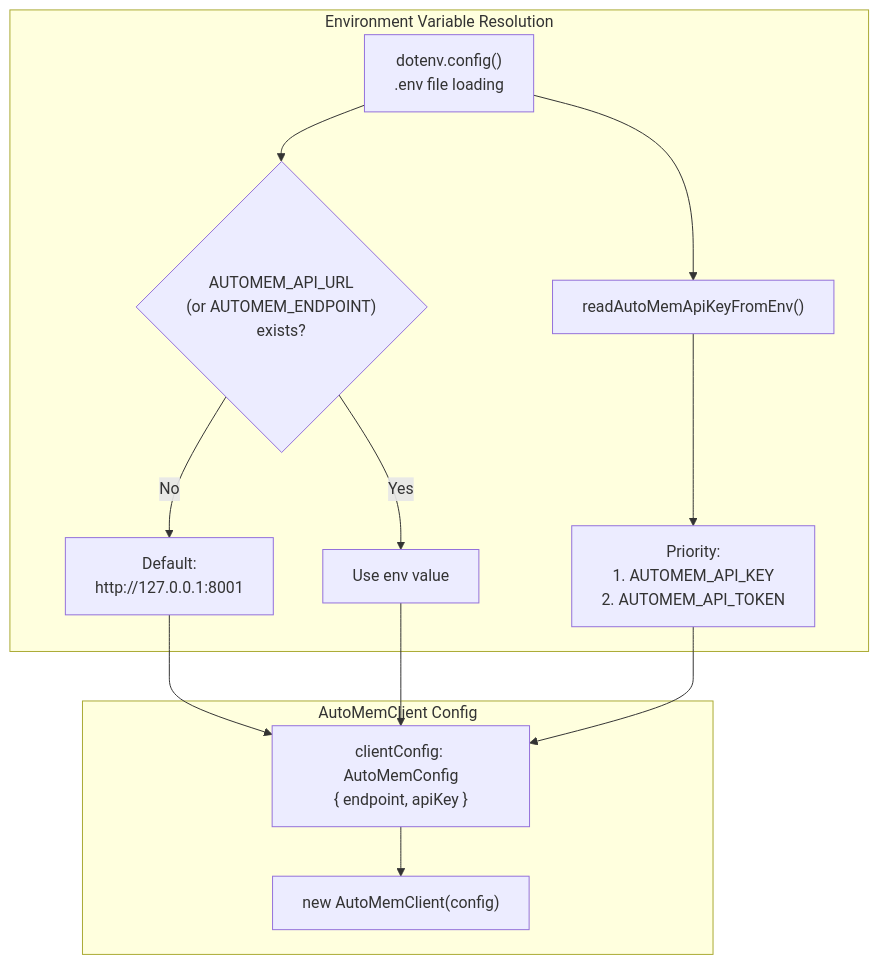
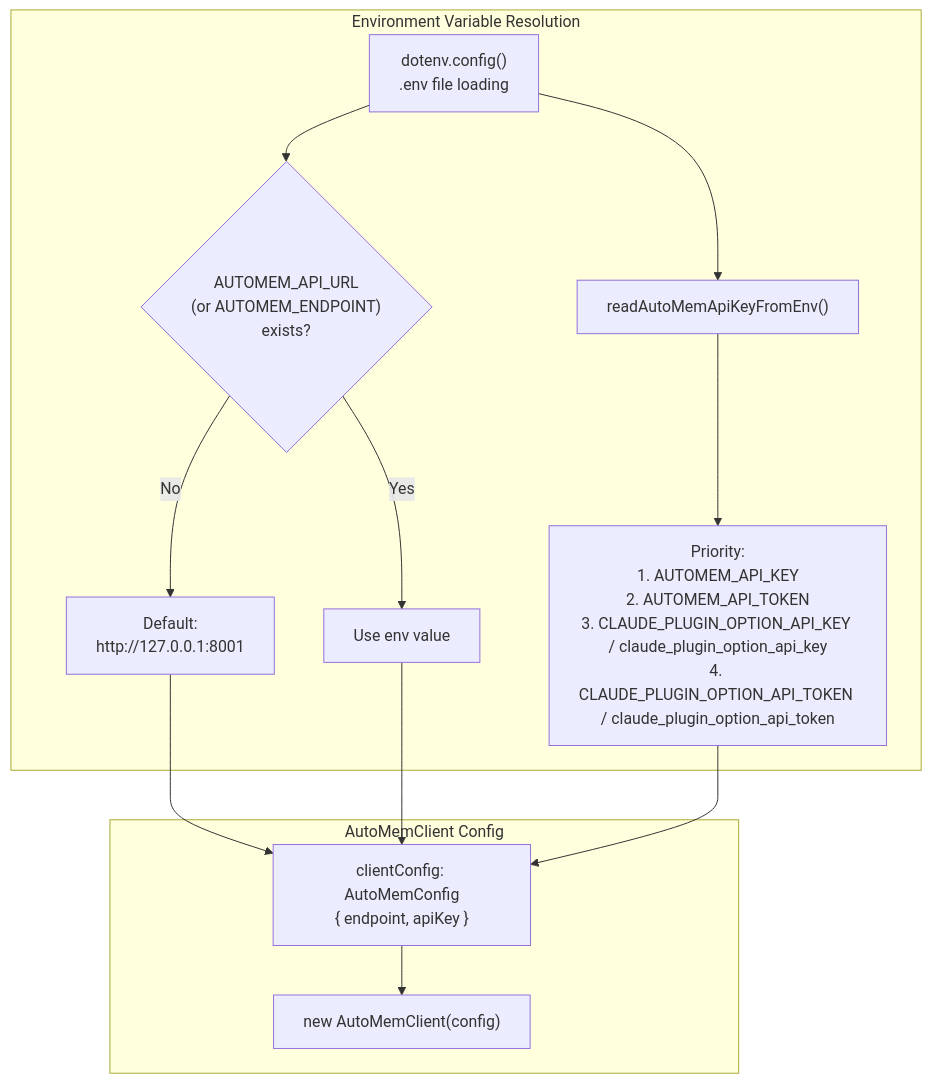
The third of 5 diagrams in src/content/docs/docs/reference/configuration.md (verygoodplugins/automem-website), drawn with Mermaid before and after one commit. The commit also changed other lines of this file and 2 other files, not shown here.

````diff
--- a/src/content/docs/docs/reference/configuration.md
+++ b/src/content/docs/docs/reference/configuration.md
@@ -372,31 +374,31 @@
 ```mermaid
 graph TB
     subgraph Env_Resolution["Environment Variable Resolution"]
         DOTENV["dotenv.config()<br/>.env file loading"]
 
         ENDPOINT_CHECK{"AUTOMEM_API_URL<br/>(or AUTOMEM_ENDPOINT)<br/>exists?"}
         ENDPOINT_DEFAULT["Default:<br/>http://127.0.0.1:8001"]
         ENDPOINT_VALUE["Use env value"]
 
         API_KEY_FUNC["readAutoMemApiKeyFromEnv()"]
-        KEY_PRIORITY["Priority:<br/>1. AUTOMEM_API_KEY<br/>2. AUTOMEM_API_TOKEN"]
+        KEY_PRIORITY["Priority:<br/>1. AUTOMEM_API_KEY<br/>2. AUTOMEM_API_TOKEN<br/>3. CLAUDE_PLUGIN_OPTION_API_KEY / claude_plugin_option_api_key<br/>4. CLAUDE_PLUGIN_OPTION_API_TOKEN / claude_plugin_option_api_token"]
     end
 
     subgraph Client_Config["AutoMemClient Config"]
         CONFIG_OBJ["clientConfig: AutoMemConfig<br/>{ endpoint, apiKey }"]
         CLIENT_INSTANCE["new AutoMemClient(config)"]
     end
 
     DOTENV --> ENDPOINT_CHECK
     ENDPOINT_CHECK -->|"No"| ENDPOINT_DEFAULT
     ENDPOINT_CHECK -->|"Yes"| ENDPOINT_VALUE
     ENDPOINT_DEFAULT --> CONFIG_OBJ
     ENDPOINT_VALUE --> CONFIG_OBJ
 
     DOTENV --> API_KEY_FUNC
     API_KEY_FUNC --> KEY_PRIORITY
     KEY_PRIORITY --> CONFIG_OBJ
 
 
     CONFIG_OBJ --> CLIENT_INSTANCE
 ```
````
